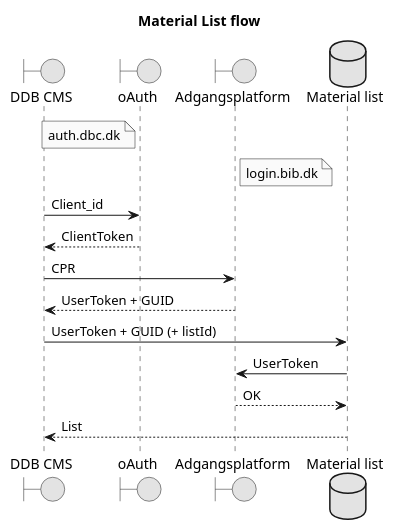
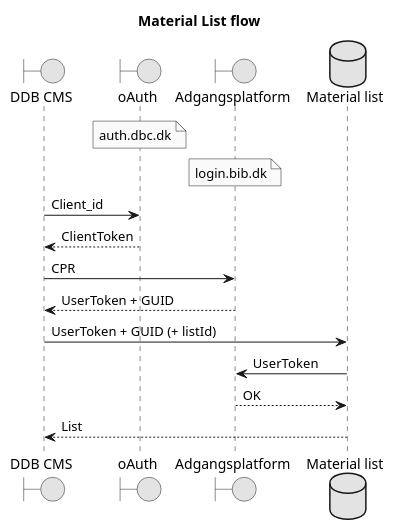
Before and after one commit to danskernesdigitalebibliotek/plantuml: the diagram in docs/listServices/materialListFlow.puml, drawn with PlantUML.

```diff
--- a/docs/listServices/materialListFlow.puml
+++ b/docs/listServices/materialListFlow.puml
@@ -1,28 +1,27 @@
 @startuml						
 title   Material List flow
 						
 ' Skinparams '						
 skinparam monochrome true						
 'skinparam handwritten true						
 
-
 boundary "DDB CMS"
 boundary "oAuth"
 boundary "Adgangsplatform"
 database "Material list"
 
-note left of oAuth : auth.dbc.dk
-note right of Adgangsplatform : login.bib.dk
+note over oAuth : auth.dbc.dk
+note over Adgangsplatform : login.bib.dk
 
 "DDB CMS" -> "oAuth" : Client_id
 "oAuth" --> "DDB CMS" : ClientToken
 
 "DDB CMS" -> "Adgangsplatform" : CPR
 "Adgangsplatform" --> "DDB CMS": UserToken + GUID
 
 "DDB CMS" -> "Material list" : UserToken + GUID (+ listId)
 "Material list" -> "Adgangsplatform" : UserToken
 "Adgangsplatform" --> "Material list" : OK 
 "Material list" --> "DDB CMS" : List
 
 @enduml
```
